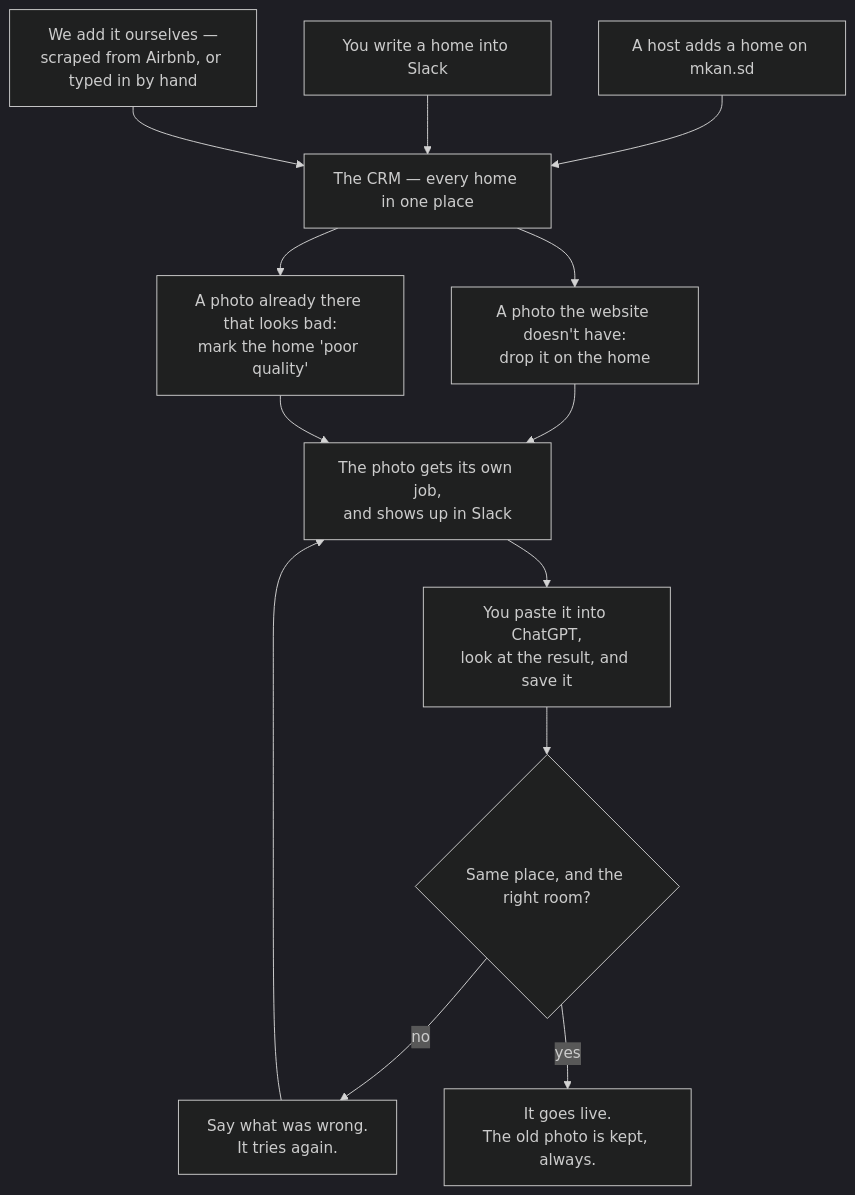
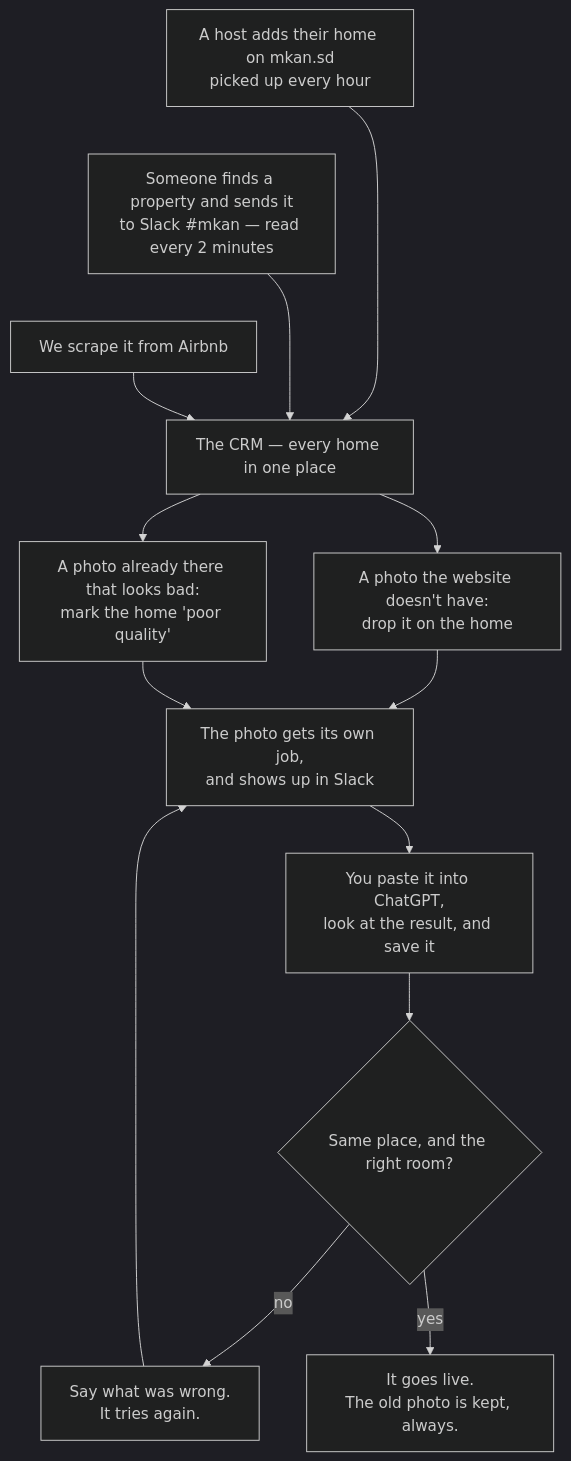
One commit to databayt/kun changed the diagram in content/docs/master.mdx. Above: the diagram before and after it, drawn with Mermaid (dark theme). The commit also changed other lines of this file, not shown here.

Commit message:
docs(master): the field scout writes in Slack — one lane, not two
The chart carried "you write a home into Slack" and "we find one while
scouting" as separate arrivals. They are the same act: someone stands in
front of a property and types what they see into #mkan, a reader picks
it up within two minutes and makes a home and a host out of it. The code
has always known this — home-intake stamps both records FIELD_SCOUT —
and the lane produced its first real home this morning, 0005-01 · الطيب,
with the host's phone number.

So the three ways in are: the website, a person in Slack, and the
scrape. The 26 homes typed in by hand were a one-off import, not a lane,
and say so in the table rather than the picture.

The three now stack in a column at the start, with each one's timing on
the box instead of on a long curving edge.

````diff
--- a/content/docs/master.mdx
+++ b/content/docs/master.mdx
@@ -11,23 +11,24 @@
 ```mermaid
 graph TD
-    S1["A host adds a home on mkan.sd"]
-    S2["You write a home into Slack"]
-    S3["We add it ourselves —<br/>scraped from Airbnb, or typed in by hand"]
+    S1["A host adds their home on mkan.sd<br/>picked up every hour"]
+    S2["Someone finds a property and sends it<br/>to Slack #mkan — read every 2 minutes"]
+    S3["We scrape it from Airbnb"]
     CRM["The CRM — every home in one place"]
     ADD["A photo the website doesn't have:<br/>drop it on the home"]
     REP["A photo already there that looks bad:<br/>mark the home 'poor quality'"]
     JOB["The photo gets its own job,<br/>and shows up in Slack"]
     YOU["You paste it into ChatGPT,<br/>look at the result, and save it"]
     Q{"Same place, and the right room?"}
     NO["Say what was wrong.<br/>It tries again."]
     YES["It goes live.<br/>The old photo is kept, always."]
 
+    S1 ~~~ S2 ~~~ S3
     S1 --> CRM
     S2 --> CRM
     S3 --> CRM
     CRM --> ADD --> JOB
     CRM --> REP --> JOB
     JOB --> YOU --> Q
     Q -->|no| NO --> JOB
     Q -->|yes| YES
 ```
````
